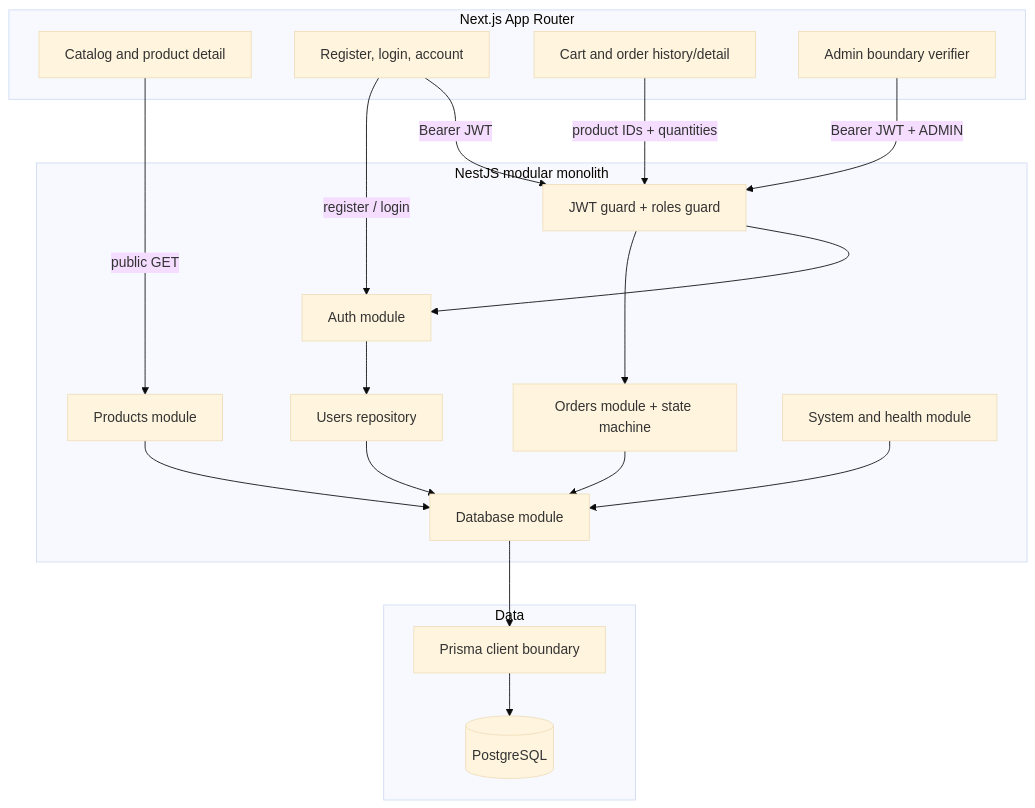
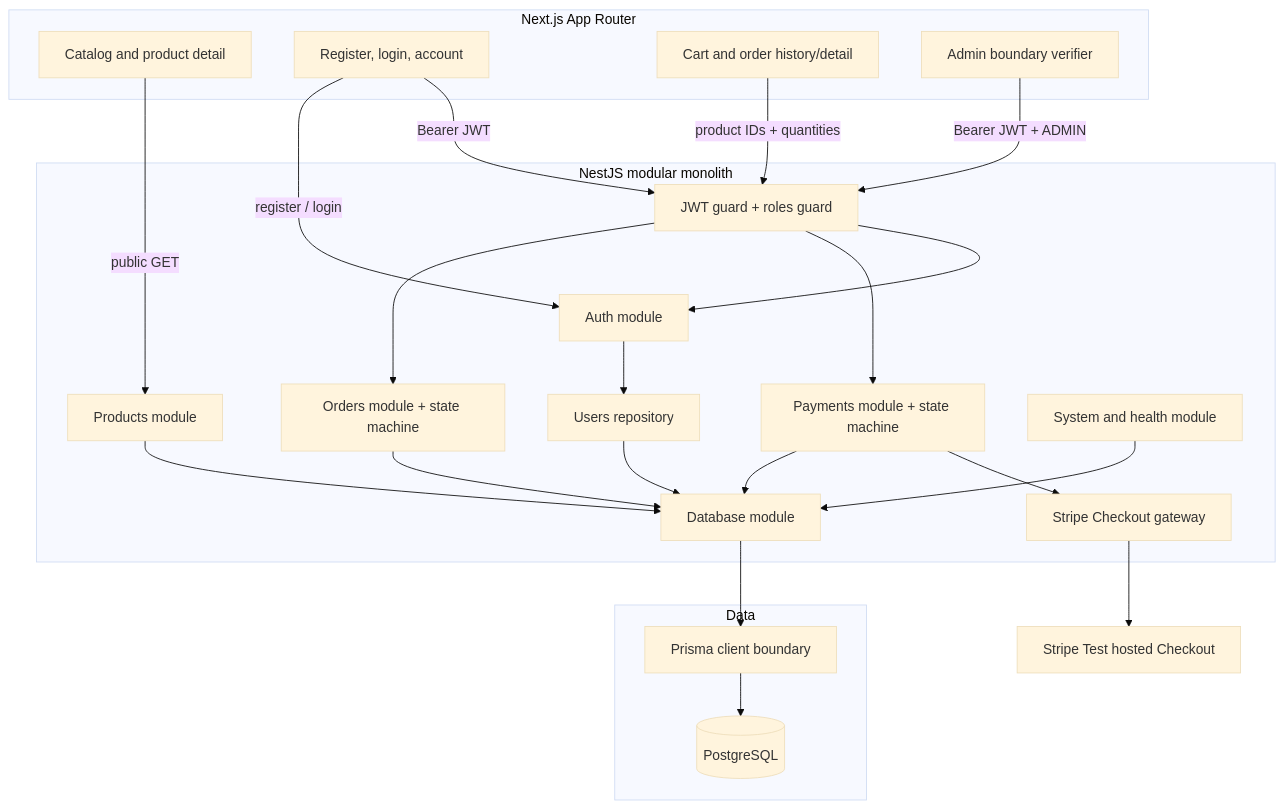
One commit to tianhao8687/payflow changed the diagram in docs/architecture.md. Above: the diagram before and after it, drawn with Mermaid (base theme). The commit also changed other lines of this file and 45 other files, not shown here.

Commit message:
feat: implement stage 3 Stripe checkout

````diff
--- a/docs/architecture.md
+++ b/docs/architecture.md
@@ -9,38 +9,43 @@
 ```mermaid
 flowchart TB
   subgraph Client[Next.js App Router]
     Catalog[Catalog and product detail]
     AuthUI[Register, login, account]
     Cart[Cart and order history/detail]
     AdminUI[Admin boundary verifier]
   end
 
   subgraph ModularMonolith[NestJS modular monolith]
     Auth[Auth module]
     Users[Users repository]
     Products[Products module]
     Orders[Orders module + state machine]
+    Payments[Payments module + state machine]
+    StripeGateway[Stripe Checkout gateway]
     Guards[JWT guard + roles guard]
     System[System and health module]
     DatabaseModule[Database module]
   end
 
   subgraph Data
     Prisma[Prisma client boundary]
     Postgres[(PostgreSQL)]
   end
 
   Catalog -->|public GET| Products
   Cart -->|product IDs + quantities| Guards
   Guards --> Orders
+  Guards --> Payments
   AuthUI -->|register / login| Auth
   AuthUI -->|Bearer JWT| Guards
   AdminUI -->|Bearer JWT + ADMIN| Guards
   Guards --> Auth
   Auth --> Users
   Products --> DatabaseModule
   Orders --> DatabaseModule
+  Payments --> DatabaseModule
+  Payments --> StripeGateway --> Stripe[Stripe Test hosted Checkout]
   Users --> DatabaseModule
   System --> DatabaseModule
   DatabaseModule --> Prisma --> Postgres
 ```
````
